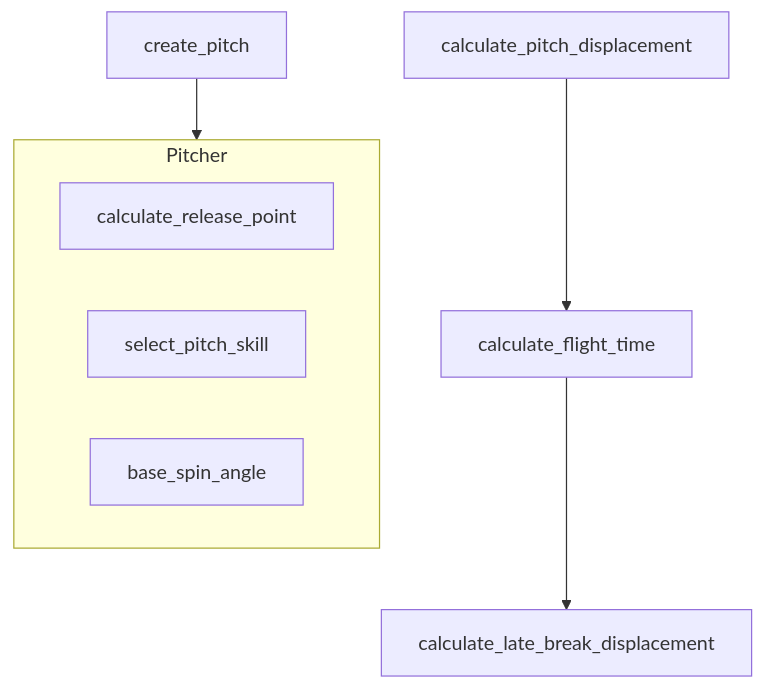
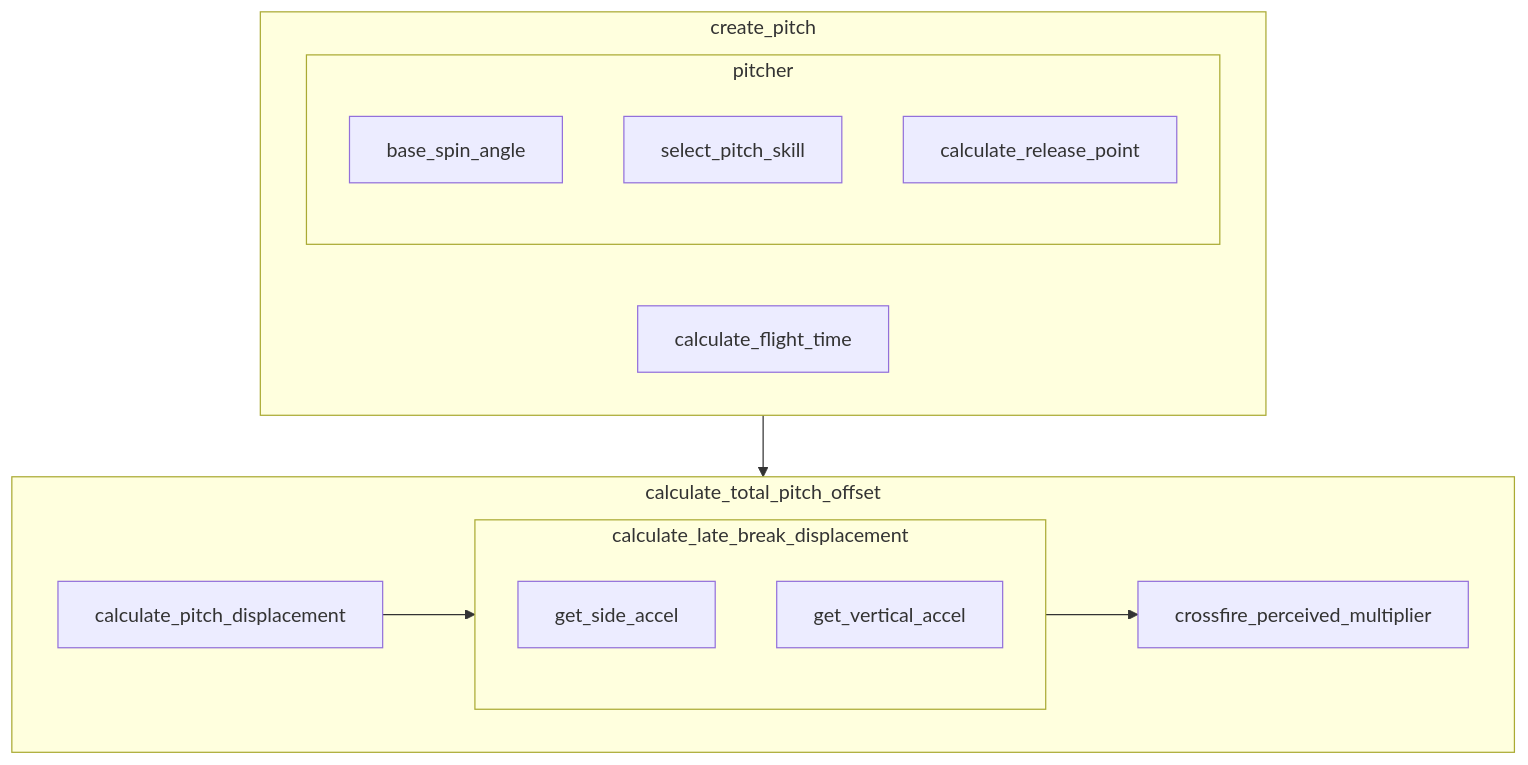
The diagram in docs/pitching_diagram.mmd (torafugu/saberbb), drawn with Mermaid before and after one commit. The commit also changed 5 other files, not shown here.

Commit message:
calculate_total_pitch_offset and MatchupContext were added.

```diff
--- a/docs/pitching_diagram.mmd
+++ b/docs/pitching_diagram.mmd
@@ -1,9 +1,22 @@
 flowchart TD
-    subgraph pitcher[Pitcher]
+    subgraph pitcher[pitcher]
+        base_spin_angle
+        select_pitch_skill
         calculate_release_point
-        select_pitch_skill
-        base_spin_angle
     end
 
-    create_pitch --> pitcher
-    calculate_pitch_displacement --> calculate_flight_time --> calculate_late_break_displacement
+    subgraph create_pitch[create_pitch]
+        pitcher
+        calculate_flight_time
+    end
+    
+    create_pitch --> calculate_total_pitch_offset
+
+    subgraph calculate_late_break_displacement[calculate_late_break_displacement]
+        get_side_accel
+        get_vertical_accel
+    end
+
+    subgraph calculate_total_pitch_offset[calculate_total_pitch_offset]
+        calculate_pitch_displacement --> calculate_late_break_displacement --> crossfire_perceived_multiplier
+    end
```
